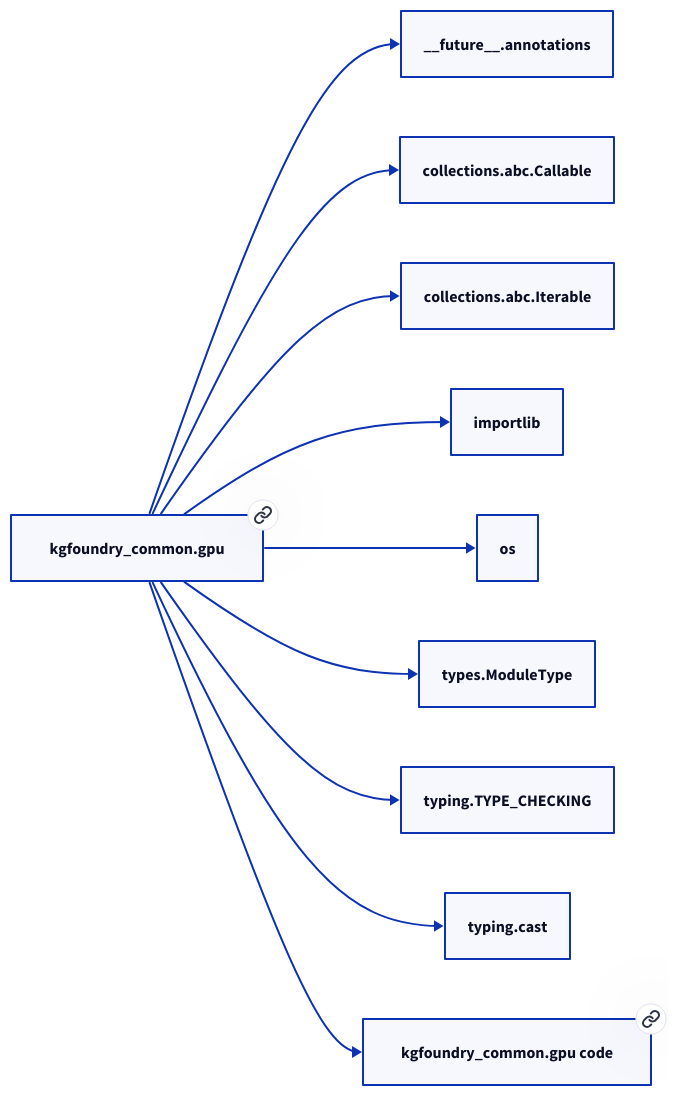
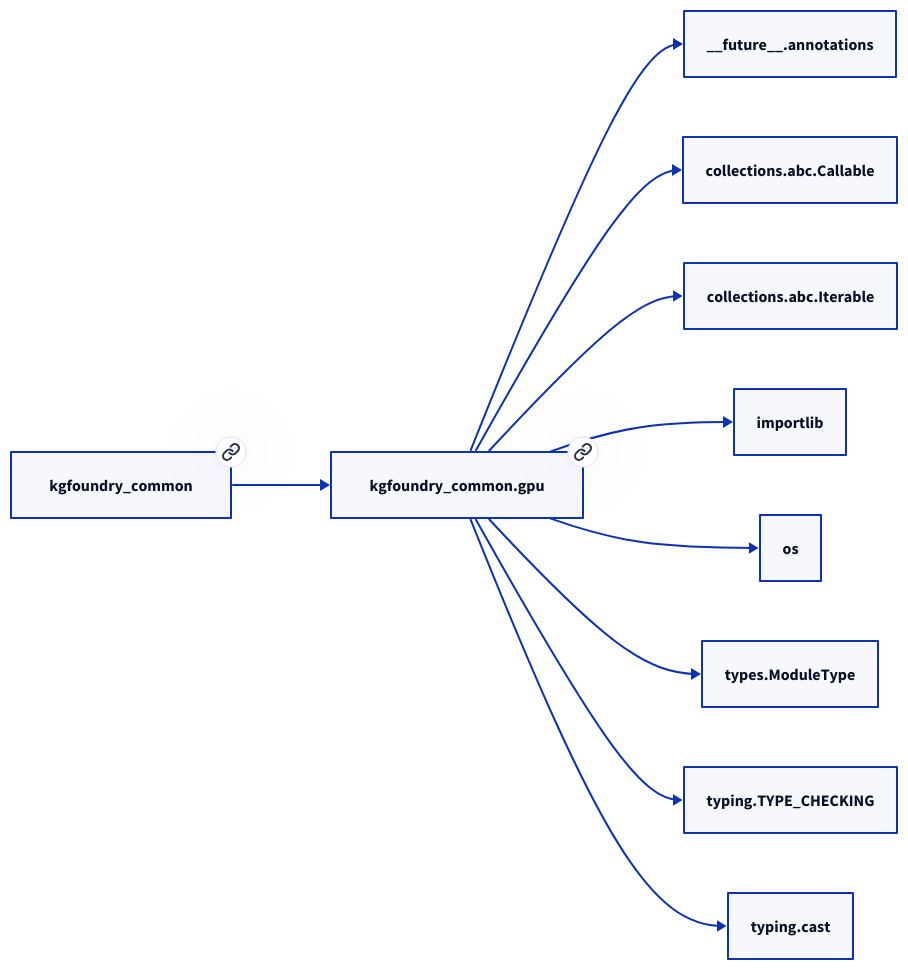
The diagram in docs/modules/kgfoundry_common/gpu.md (paul-heyse/kgforge), drawn with D2 before and after one commit. The commit also changed other lines of this file and 208 other files, not shown here.

````diff
--- a/docs/modules/kgfoundry_common/gpu.md
+++ b/docs/modules/kgfoundry_common/gpu.md
@@ -32,22 +36,22 @@
 ```d2
 direction: right
-"kgfoundry_common.gpu": "kgfoundry_common.gpu" { link: "./kgfoundry_common/gpu.md" }
+"kgfoundry_common.gpu": "kgfoundry_common.gpu" { link: "https://github.com/paul-heyse/kgfoundry/blob/main/src/kgfoundry_common/gpu.py" }
 "__future__.annotations": "__future__.annotations"
 "kgfoundry_common.gpu" -> "__future__.annotations"
 "collections.abc.Callable": "collections.abc.Callable"
 "kgfoundry_common.gpu" -> "collections.abc.Callable"
 "collections.abc.Iterable": "collections.abc.Iterable"
 "kgfoundry_common.gpu" -> "collections.abc.Iterable"
 "importlib": "importlib"
 "kgfoundry_common.gpu" -> "importlib"
 "os": "os"
 "kgfoundry_common.gpu" -> "os"
 "types.ModuleType": "types.ModuleType"
 "kgfoundry_common.gpu" -> "types.ModuleType"
 "typing.TYPE_CHECKING": "typing.TYPE_CHECKING"
 "kgfoundry_common.gpu" -> "typing.TYPE_CHECKING"
 "typing.cast": "typing.cast"
 "kgfoundry_common.gpu" -> "typing.cast"
-"kgfoundry_common.gpu_code": "kgfoundry_common.gpu code" { link: "https://github.com/kgfoundry/kgfoundry/blob/main/src/kgfoundry_common/gpu.py" }
-"kgfoundry_common.gpu" -> "kgfoundry_common.gpu_code" { style: dashed }
+"kgfoundry_common": "kgfoundry_common" { link: "https://github.com/paul-heyse/kgfoundry/blob/main/src/kgfoundry_common/__init__.py" }
+"kgfoundry_common" -> "kgfoundry_common.gpu" { style: dashed }
 ```
````
